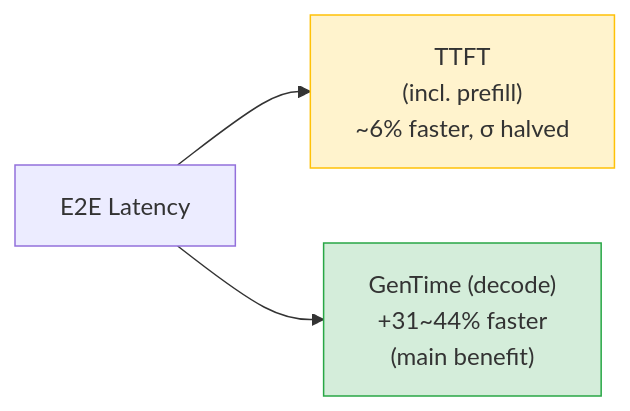
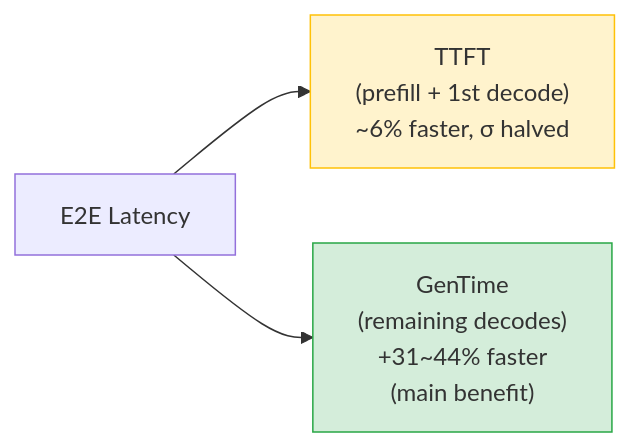
The second of 3 diagrams in Agents/AOAI-Priority-Processing-Benchmark/README.md (david-xinyuwei/david-share), drawn with Mermaid before and after one commit. The commit also changed other lines of this file and 1 other file, not shown here.

Commit message:
Precise TTFT/GenTime definitions: TTFT = network+queue+prefill+1st decode; GenTime = remaining decodes

````diff
--- a/Agents/AOAI-Priority-Processing-Benchmark/README.md
+++ b/Agents/AOAI-Priority-Processing-Benchmark/README.md
@@ -98,8 +98,8 @@
 ```mermaid
 flowchart LR
-    E2E["E2E Latency"] --> TTFT["TTFT<br/>(incl. prefill)<br/>~6% faster, σ halved"]
-    E2E --> GenTime["GenTime (decode)<br/>+31~44% faster<br/>(main benefit)"]
+    E2E["E2E Latency"] --> TTFT["TTFT<br/>(prefill + 1st decode)<br/>~6% faster, σ halved"]
+    E2E --> GenTime["GenTime<br/>(remaining decodes)<br/>+31~44% faster<br/>(main benefit)"]
     
     style TTFT fill:#fff3cd,stroke:#ffc107
     style GenTime fill:#d4edda,stroke:#28a745
 ```
````
